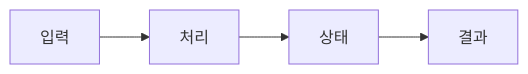
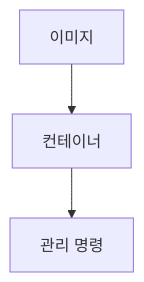
Before and after one commit to umyunsang/edu: the diagram in ComputerScience/04_systems-infrastructure/linux/notes/13. 도커 컨테이너.md, drawn with Mermaid. The commit also changed other lines of this file and 6 other files, not shown here.

````diff
--- a/ComputerScience/04_systems-infrastructure/linux/notes/13. 도커 컨테이너.md
+++ b/ComputerScience/04_systems-infrastructure/linux/notes/13. 도커 컨테이너.md
@@ -25,6 +19,5 @@
 ```mermaid
-flowchart LR
- A[입력] --> B[처리]
- B --> C[상태]
- C --> D[결과]
+flowchart TB
+    A[이미지] --> B[컨테이너]
+    B --> C[관리 명령]
 ```
````
